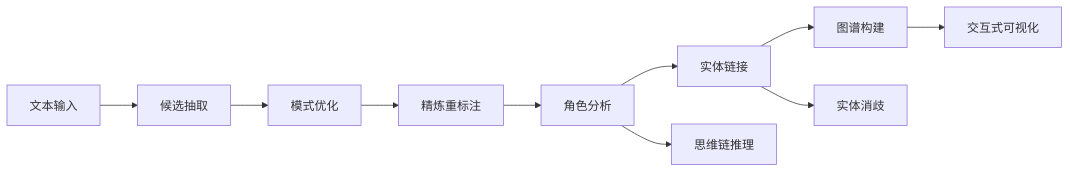
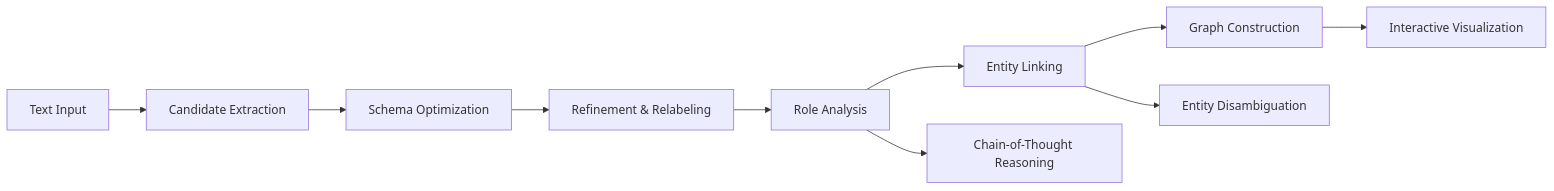
One commit to tylerelyt/LLM-Workshop changed the second of 2 diagrams in docs_site/docs/chapter3/index.md. Above: the diagram before and after it, drawn with Mermaid. The commit also changed other lines of this file and 4 other files, not shown here.

````diff
--- a/docs_site/docs/chapter3/index.md
+++ b/docs_site/docs/chapter3/index.md
@@ -97,13 +97,13 @@
 ```mermaid
 graph LR
-    A[文本输入] --> B[候选抽取]
-    B --> C[模式优化]
-    C --> D[精炼重标注]
-    D --> E[角色分析]
-    E --> F[实体链接]
-    F --> G[图谱构建]
+    A[Text Input] --> B[Candidate Extraction]
+    B --> C[Schema Optimization]
+    C --> D[Refinement & Relabeling]
+    D --> E[Role Analysis]
+    E --> F[Entity Linking]
+    F --> G[Graph Construction]
     
-    E --> E1[思维链推理]
-    F --> F1[实体消歧]
-    G --> G1[交互式可视化]
+    E --> E1[Chain-of-Thought Reasoning]
+    F --> F1[Entity Disambiguation]
+    G --> G1[Interactive Visualization]
 ```
````
